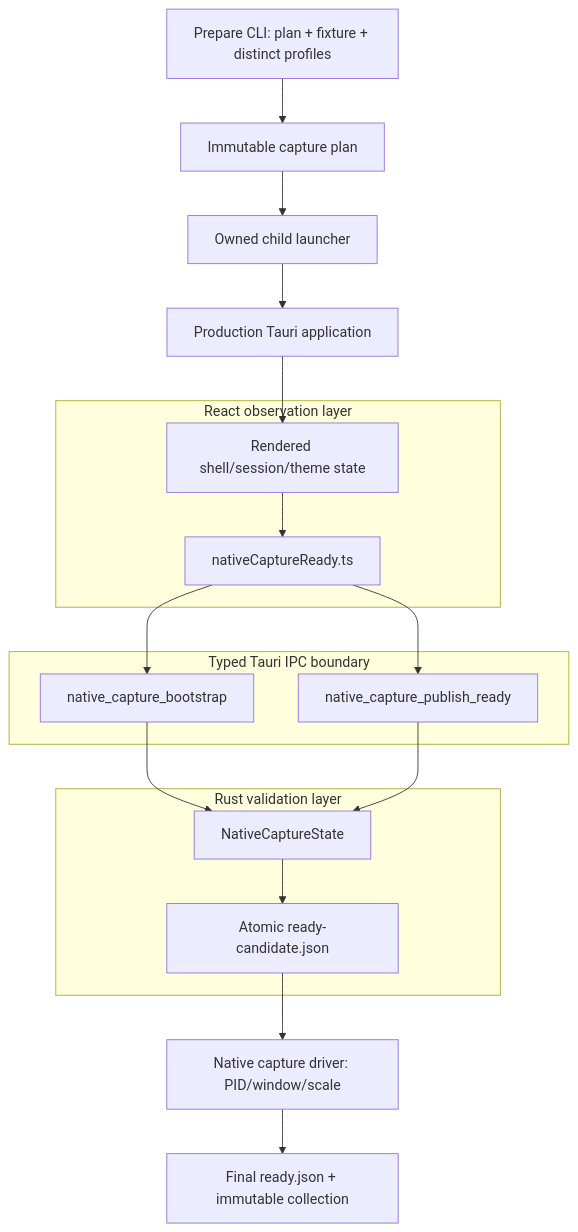
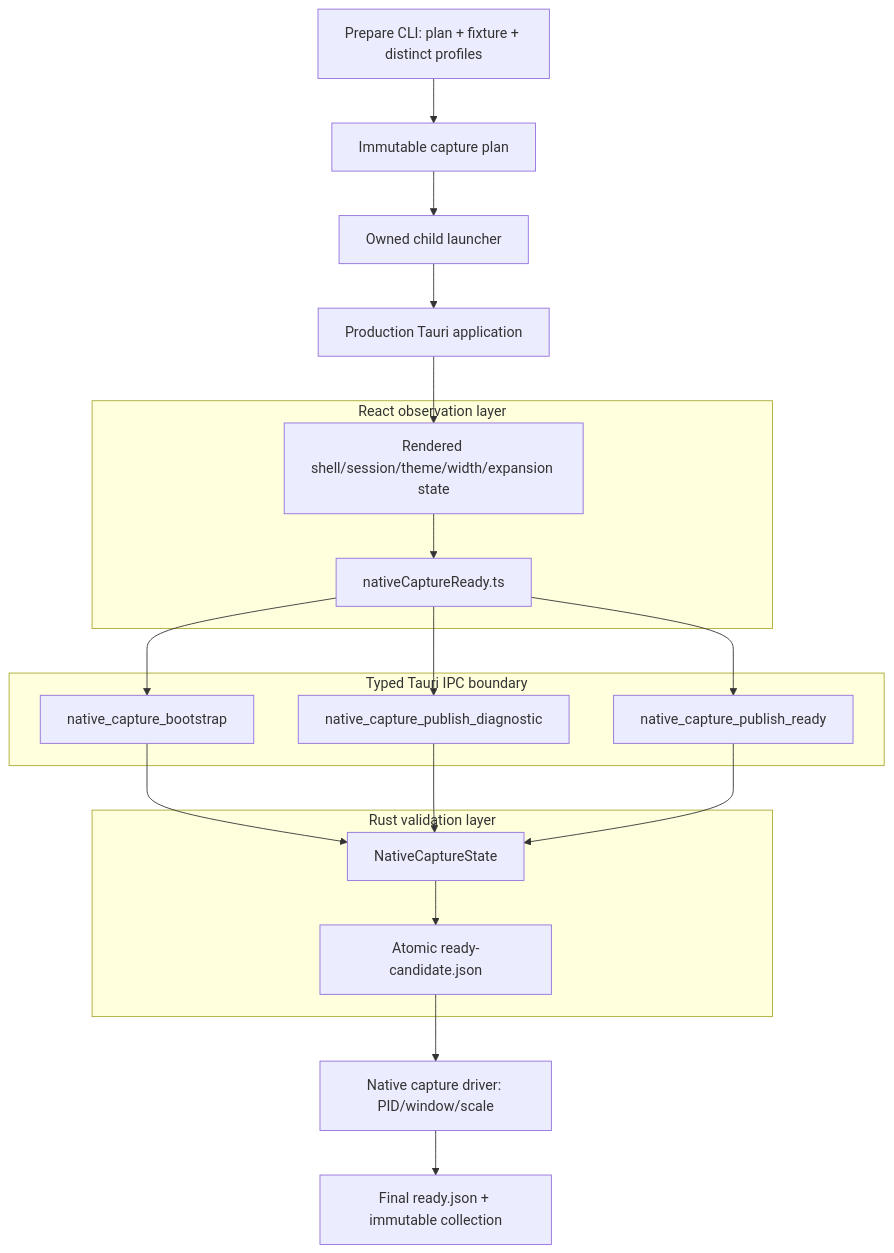
One commit to ignacioli/excalidraw-desktop changed the sixth of 7 diagrams in docs/architecture.md. Above: the diagram before and after it, drawn with Mermaid. The commit also changed other lines of this file and 6 other files, not shown here.

Commit message:
Document complete native capture state

````diff
--- a/docs/architecture.md
+++ b/docs/architecture.md
@@ -256,21 +256,23 @@
 ```mermaid
 flowchart TB
   Prepare["Prepare CLI: plan + fixture + distinct profiles"] --> Plan["Immutable capture plan"]
   Plan --> Launcher["Owned child launcher"]
   Launcher --> App["Production Tauri application"]
   subgraph Frontend["React observation layer"]
-    Shell["Rendered shell/session/theme state"] --> Probe["nativeCaptureReady.ts"]
+    Shell["Rendered shell/session/theme/width/expansion state"] --> Probe["nativeCaptureReady.ts"]
   end
   subgraph Boundary["Typed Tauri IPC boundary"]
     Bootstrap["native_capture_bootstrap"]
+    Diagnostic["native_capture_publish_diagnostic"]
     Publish["native_capture_publish_ready"]
   end
   subgraph Backend["Rust validation layer"]
     State["NativeCaptureState"] --> Candidate["Atomic ready-candidate.json"]
   end
   App --> Shell
   Probe --> Bootstrap --> State
+  Probe --> Diagnostic --> State
   Probe --> Publish --> State
   Candidate --> Driver["Native capture driver: PID/window/scale"]
   Driver --> Ready["Final ready.json + immutable collection"]
 ```
````
